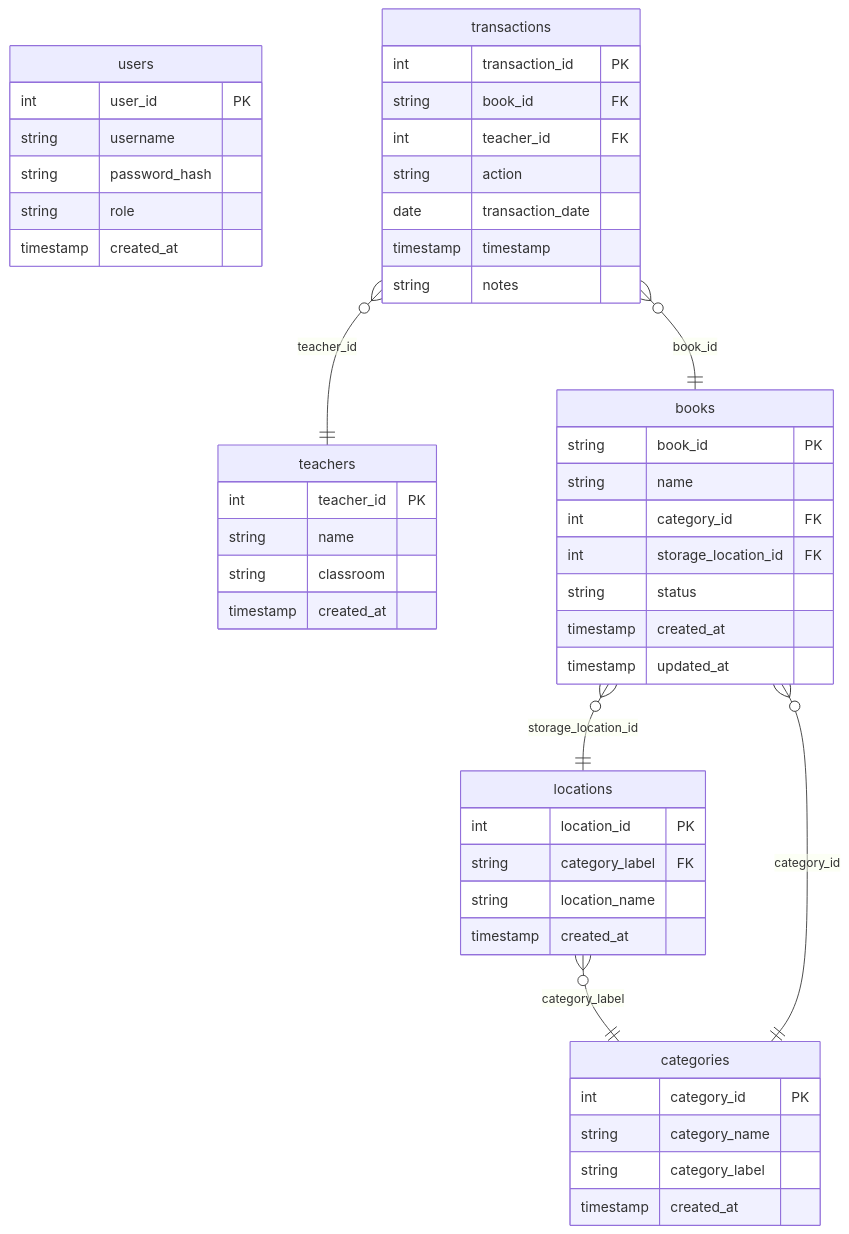
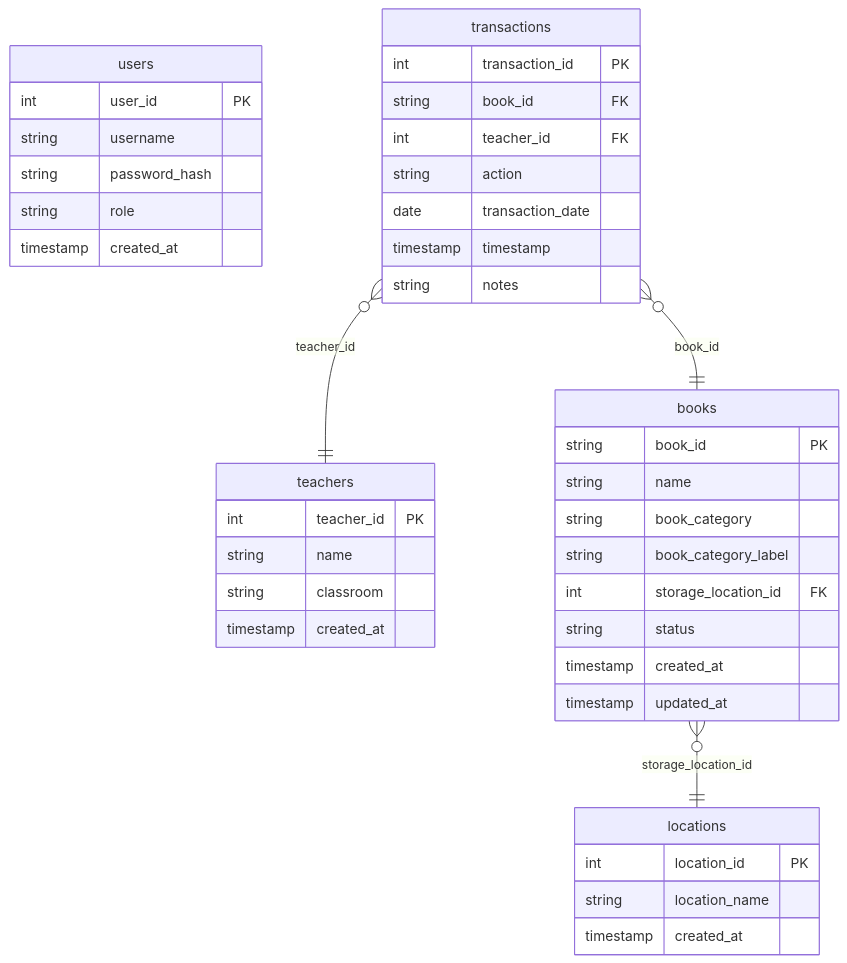
The second of 2 diagrams in README.md (Liao993/library_ETL), drawn with Mermaid before and after one commit. The commit also changed other lines of this file and 4 other files, not shown here.

Commit message:
update schema

````diff
--- a/README.md
+++ b/README.md
@@ -96,52 +96,44 @@
 ```mermaid
 erDiagram
     users {
         int user_id PK
         string username
         string password_hash
         string role
         timestamp created_at
     }
     teachers {
         int teacher_id PK
         string name
         string classroom
         timestamp created_at
     }
-    categories {
-        int category_id PK
-        string category_name
-        string category_label
-        timestamp created_at
-    }
     locations {
         int location_id PK
-        string category_label FK
         string location_name
         timestamp created_at
     }
     books {
         string book_id PK
         string name
-        int category_id FK
+        string book_category
+        string book_category_label
         int storage_location_id FK
         string status
         timestamp created_at
         timestamp updated_at
     }
     transactions {
         int transaction_id PK
         string book_id FK
         int teacher_id FK
         string action
         date transaction_date
         timestamp timestamp
         string notes
     }
 
-    locations }o--|| categories : "category_label"
-    books }o--|| categories : "category_id"
     books }o--|| locations : "storage_location_id"
     transactions }o--|| books : "book_id"
     transactions }o--|| teachers : "teacher_id"
 ```
````
